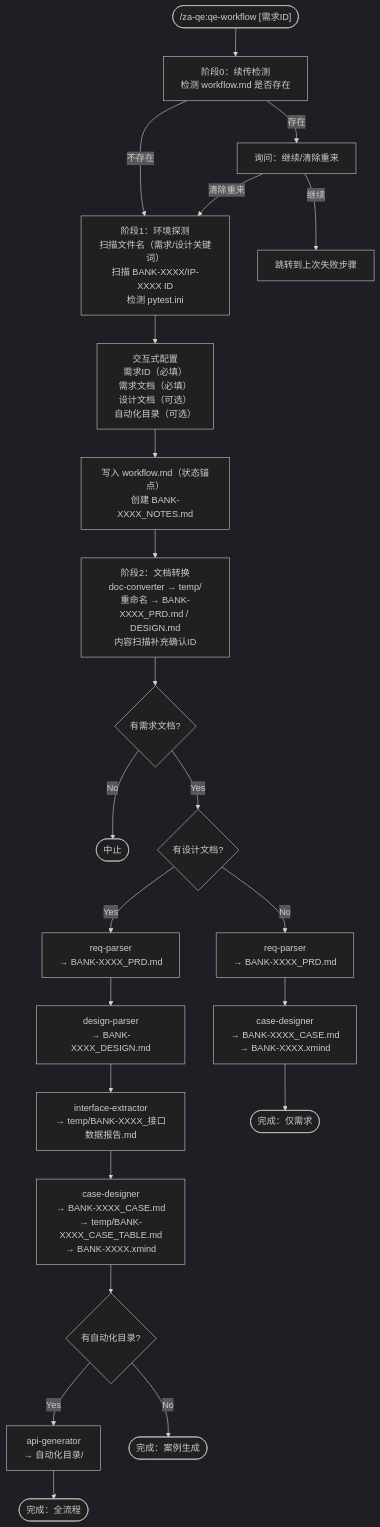
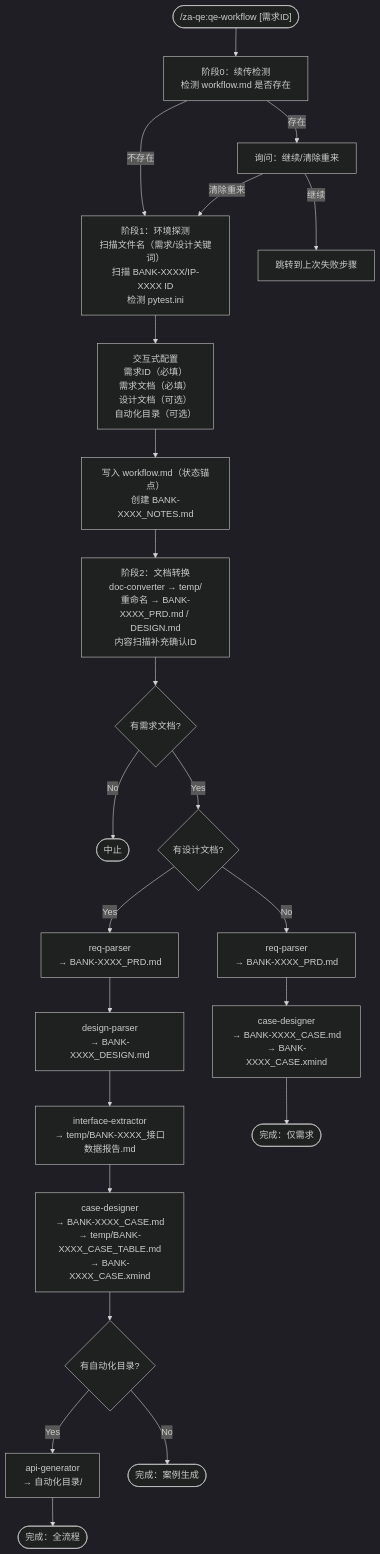
The diagram in plugins/za-qe/README.md (kalen-tang/test-workflow), drawn with Mermaid (dark theme) before and after one commit. The commit also changed other lines of this file and 2 other files, not shown here.

Commit message:
fix(BANK-0000): XMind 文件名统一为 BANK-XXXX_CASE.xmind，版本 2.4.1 → 2.4.2

````diff
--- a/plugins/za-qe/README.md
+++ b/plugins/za-qe/README.md
@@ -55,31 +55,31 @@
 ```mermaid
 flowchart TD
     Start(["/za-qe:qe-workflow [需求ID]"]) --> Phase0["阶段0：续传检测\n检测 workflow.md 是否存在"]
     Phase0 -->|存在| Resume["询问：继续/清除重来"]
     Phase0 -->|不存在| Detect["阶段1：环境探测\n扫描文件名（需求/设计关键词）\n扫描 BANK-XXXX/IP-XXXX ID\n检测 pytest.ini"]
     Resume -->|继续| SkipToStep["跳转到上次失败步骤"]
     Resume -->|清除重来| Detect
     Detect --> Config["交互式配置\n需求ID（必填）\n需求文档（必填）\n设计文档（可选）\n自动化目录（可选）"]
     Config --> WriteWF["写入 workflow.md（状态锚点）\n创建 BANK-XXXX_NOTES.md"]
     WriteWF --> Convert["阶段2：文档转换\ndoc-converter → temp/\n重命名 → BANK-XXXX_PRD.md / DESIGN.md\n内容扫描补充确认ID"]
 
     Convert --> HasReq{有需求文档?}
     HasReq -->|No| Stop([中止])
     HasReq -->|Yes| HasDesign{有设计文档?}
 
     HasDesign -->|Yes| ReqParser["req-parser\n→ BANK-XXXX_PRD.md"]
     HasDesign -->|No| ReqParserOnly["req-parser\n→ BANK-XXXX_PRD.md"]
 
     ReqParser --> DesignParser["design-parser\n→ BANK-XXXX_DESIGN.md"]
     DesignParser --> Extractor["interface-extractor\n→ temp/BANK-XXXX_接口数据报告.md"]
-    Extractor --> CaseDesigner["case-designer\n→ BANK-XXXX_CASE.md\n→ temp/BANK-XXXX_CASE_TABLE.md\n→ BANK-XXXX.xmind"]
+    Extractor --> CaseDesigner["case-designer\n→ BANK-XXXX_CASE.md\n→ temp/BANK-XXXX_CASE_TABLE.md\n→ BANK-XXXX_CASE.xmind"]
 
-    ReqParserOnly --> CaseDesignerOnly["case-designer\n→ BANK-XXXX_CASE.md\n→ BANK-XXXX.xmind"]
+    ReqParserOnly --> CaseDesignerOnly["case-designer\n→ BANK-XXXX_CASE.md\n→ BANK-XXXX_CASE.xmind"]
 
     HasAuto{有自动化目录?}
     CaseDesigner --> HasAuto
     HasAuto -->|Yes| ApiGen["api-generator\n→ 自动化目录/"]
     HasAuto -->|No| Done1([完成：案例生成])
     ApiGen --> Done2([完成：全流程])
     CaseDesignerOnly --> Done3([完成：仅需求])
 ```
````
